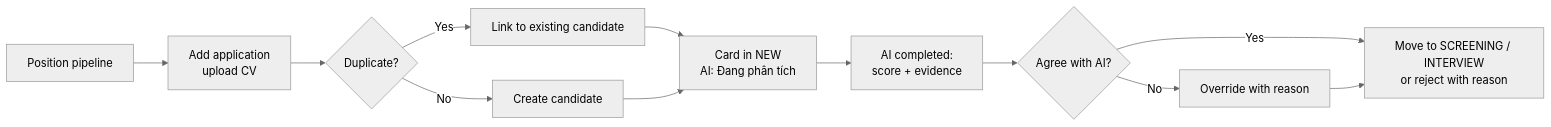
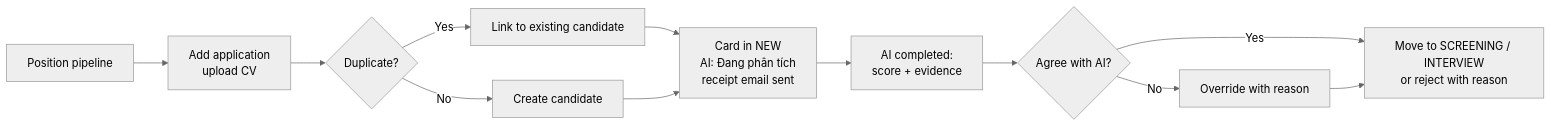
Before and after one commit to duongk18FPTU/recruitment-ats: the second of 7 diagrams in docs/04-information-architecture.md, drawn with Mermaid (neutral theme). The commit also changed other lines of this file and 8 other files, not shown here.

````diff
--- a/docs/04-information-architecture.md
+++ b/docs/04-information-architecture.md
@@ -160,13 +221,13 @@
 ```mermaid
 flowchart LR
     A["Position pipeline"] --> B["Add application<br/>upload CV"]
     B --> C{"Duplicate?"}
     C -->|Yes| D["Link to existing candidate"]
     C -->|No| E["Create candidate"]
-    D & E --> F["Card in NEW<br/>AI: Đang phân tích"]
+    D & E --> F["Card in NEW<br/>AI: Đang phân tích<br/>receipt email sent"]
     F --> G["AI completed:<br/>score + evidence"]
     G --> H{"Agree with AI?"}
     H -->|No| I["Override with reason"]
     H -->|Yes| J["Move to SCREENING / INTERVIEW<br/>or reject with reason"]
     I --> J
 ```
````
